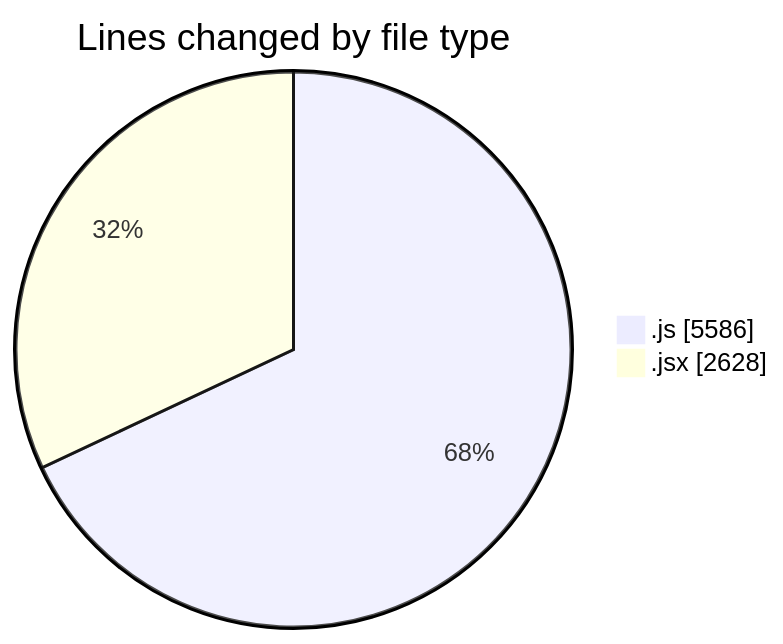
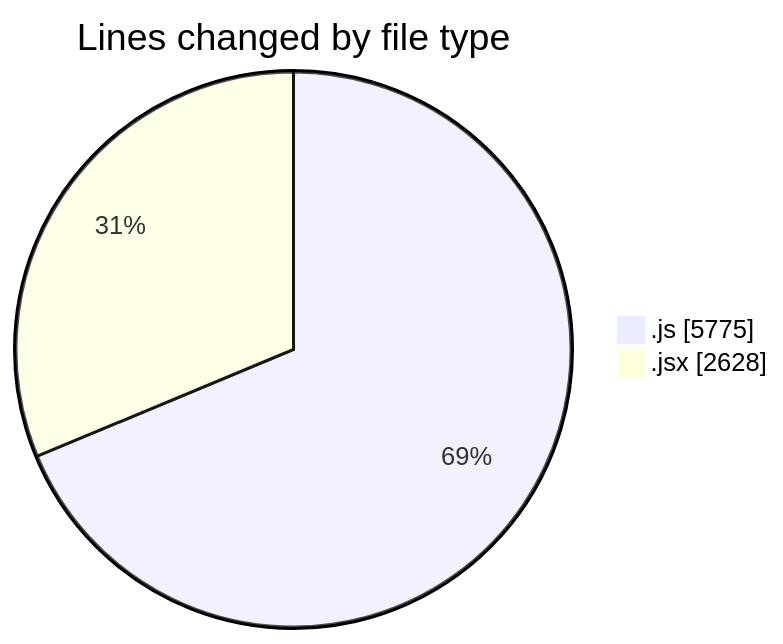
One commit to nxtqubesakshisongat/code-tracking changed the first of 2 diagrams in 2025-08-13/nxtqube_webapp/README.md. Above: the diagram before and after it, drawn with Mermaid. The commit also changed other lines of this file and 1 other file, not shown here.

````diff
--- a/2025-08-13/nxtqube_webapp/README.md
+++ b/2025-08-13/nxtqube_webapp/README.md
@@ -26,6 +26,6 @@
 ```mermaid
 pie showData
 title Lines changed by file type
-".js" : 5586
+".js" : 5775
 ".jsx" : 2628
 ```
````
